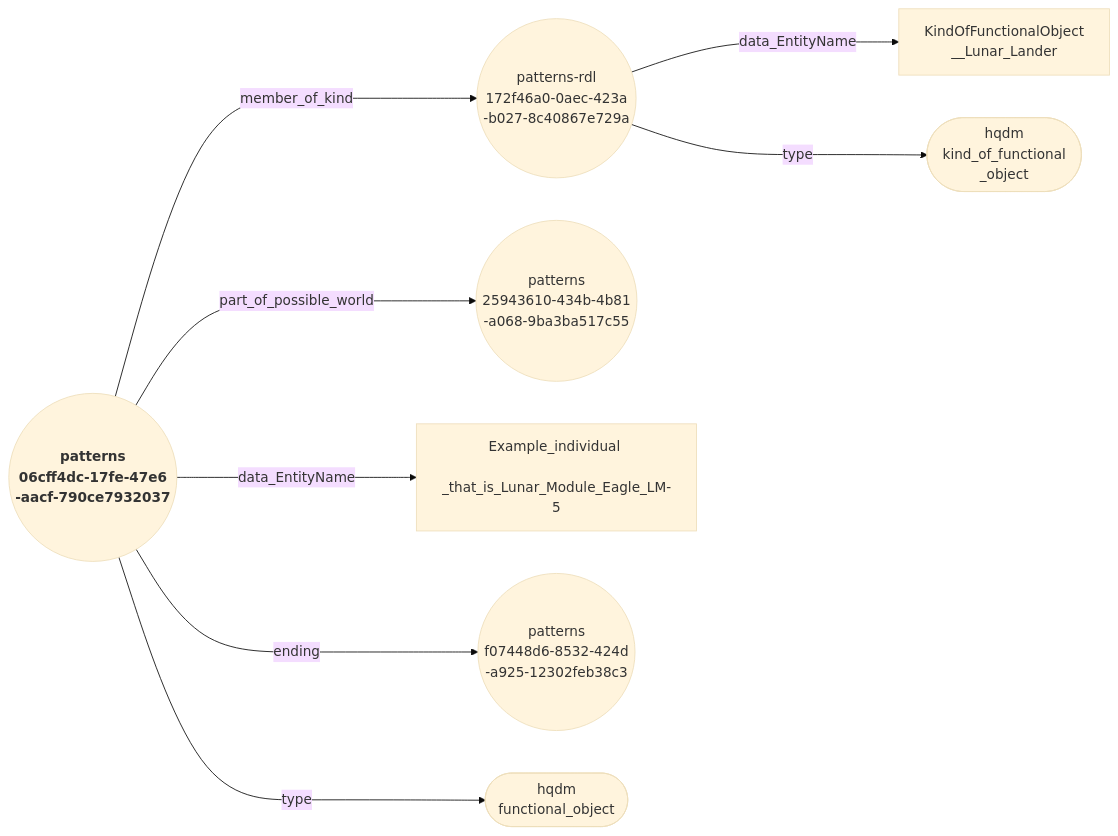
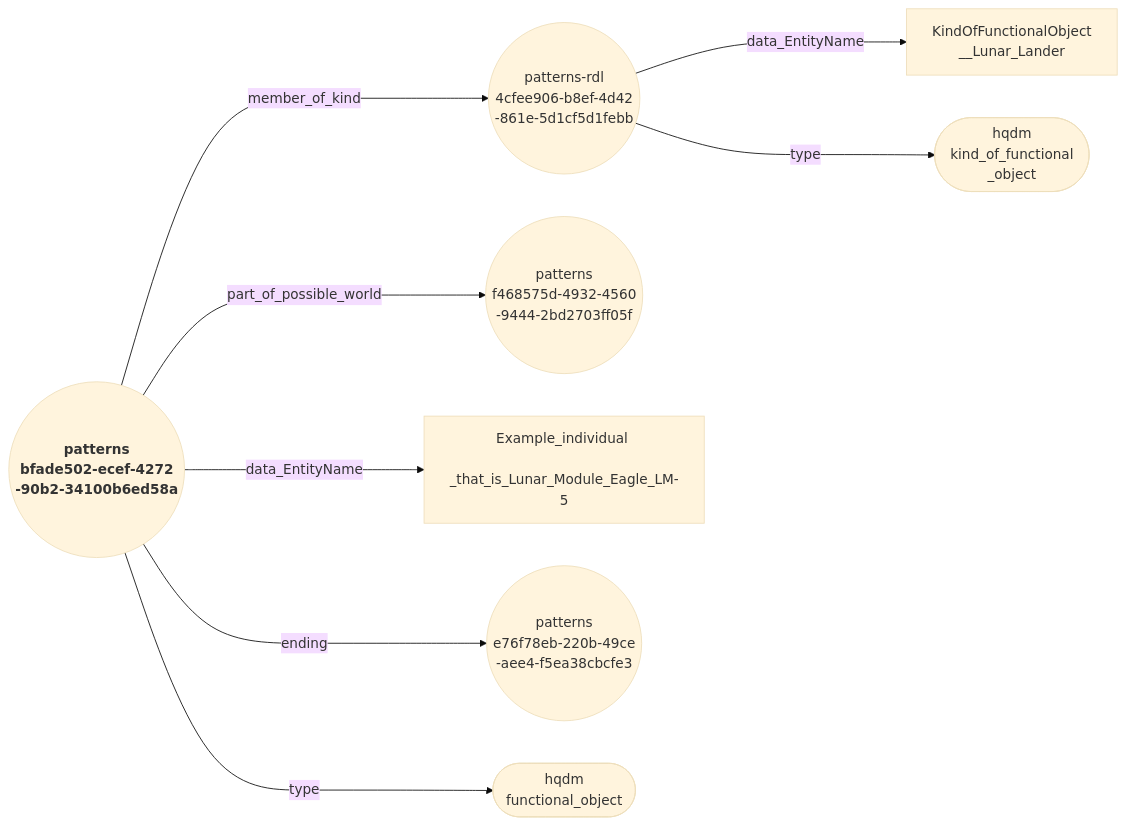
Before and after one commit to ClimbingAl/HqdmPatterns: the diagram in docs/extras/example-files/individualAndKindEagleExampleNodeEdgeGraph.mermaid, drawn with Mermaid (base theme). The commit also changed 35 other files, not shown here.

````diff
--- a/docs/extras/example-files/individualAndKindEagleExampleNodeEdgeGraph.mermaid
+++ b/docs/extras/example-files/individualAndKindEagleExampleNodeEdgeGraph.mermaid
@@ -1,10 +1,10 @@
 ``` mermaid
 graph LR
-  06cff4dc-17fe-47e6-aacf-790ce7932037(("<b> patterns <br> 06cff4dc-17fe-47e6 <br> -aacf-790ce7932037"))--->|"member_of_kind"|172f46a0-0aec-423a-b027-8c40867e729a(("patterns-rdl <br> 172f46a0-0aec-423a <br> -b027-8c40867e729a"));
-  06cff4dc-17fe-47e6-aacf-790ce7932037(("<b> patterns <br> 06cff4dc-17fe-47e6 <br> -aacf-790ce7932037"))--->|"part_of_possible_world"|25943610-434b-4b81-a068-9ba3ba517c55(("patterns <br> 25943610-434b-4b81 <br> -a068-9ba3ba517c55"));
-  06cff4dc-17fe-47e6-aacf-790ce7932037(("<b> patterns <br> 06cff4dc-17fe-47e6 <br> -aacf-790ce7932037"))--->|"data_EntityName"|Example_individual_that_is_Lunar_Module_Eagle_LM-5["Example_individual <br> _that_is_Lunar_Module_Eagle_LM-5"];
-  06cff4dc-17fe-47e6-aacf-790ce7932037(("<b> patterns <br> 06cff4dc-17fe-47e6 <br> -aacf-790ce7932037"))--->|"ending"|f07448d6-8532-424d-a925-12302feb38c3(("patterns <br> f07448d6-8532-424d <br> -a925-12302feb38c3"));
-  06cff4dc-17fe-47e6-aacf-790ce7932037(("<b> patterns <br> 06cff4dc-17fe-47e6 <br> -aacf-790ce7932037"))--->|"type"|functional_object(["hqdm <br> functional_object"]);
-  172f46a0-0aec-423a-b027-8c40867e729a(("patterns-rdl <br> 172f46a0-0aec-423a <br> -b027-8c40867e729a"))--->|"data_EntityName"|KindOfFunctionalObject__Lunar_Lander["KindOfFunctionalObject <br> __Lunar_Lander"];
-  172f46a0-0aec-423a-b027-8c40867e729a(("patterns-rdl <br> 172f46a0-0aec-423a <br> -b027-8c40867e729a"))--->|"type"|kind_of_functional_object(["hqdm <br> kind_of_functional <br> _object"]);
+  bfade502-ecef-4272-90b2-34100b6ed58a(("<b> patterns <br> bfade502-ecef-4272 <br> -90b2-34100b6ed58a"))--->|"member_of_kind"|4cfee906-b8ef-4d42-861e-5d1cf5d1febb(("patterns-rdl <br> 4cfee906-b8ef-4d42 <br> -861e-5d1cf5d1febb"));
+  bfade502-ecef-4272-90b2-34100b6ed58a(("<b> patterns <br> bfade502-ecef-4272 <br> -90b2-34100b6ed58a"))--->|"part_of_possible_world"|f468575d-4932-4560-9444-2bd2703ff05f(("patterns <br> f468575d-4932-4560 <br> -9444-2bd2703ff05f"));
+  bfade502-ecef-4272-90b2-34100b6ed58a(("<b> patterns <br> bfade502-ecef-4272 <br> -90b2-34100b6ed58a"))--->|"data_EntityName"|Example_individual_that_is_Lunar_Module_Eagle_LM-5["Example_individual <br> _that_is_Lunar_Module_Eagle_LM-5"];
+  bfade502-ecef-4272-90b2-34100b6ed58a(("<b> patterns <br> bfade502-ecef-4272 <br> -90b2-34100b6ed58a"))--->|"ending"|e76f78eb-220b-49ce-aee4-f5ea38cbcfe3(("patterns <br> e76f78eb-220b-49ce <br> -aee4-f5ea38cbcfe3"));
+  bfade502-ecef-4272-90b2-34100b6ed58a(("<b> patterns <br> bfade502-ecef-4272 <br> -90b2-34100b6ed58a"))--->|"type"|functional_object(["hqdm <br> functional_object"]);
+  4cfee906-b8ef-4d42-861e-5d1cf5d1febb(("patterns-rdl <br> 4cfee906-b8ef-4d42 <br> -861e-5d1cf5d1febb"))--->|"data_EntityName"|KindOfFunctionalObject__Lunar_Lander["KindOfFunctionalObject <br> __Lunar_Lander"];
+  4cfee906-b8ef-4d42-861e-5d1cf5d1febb(("patterns-rdl <br> 4cfee906-b8ef-4d42 <br> -861e-5d1cf5d1febb"))--->|"type"|kind_of_functional_object(["hqdm <br> kind_of_functional <br> _object"]);
 ```
````
